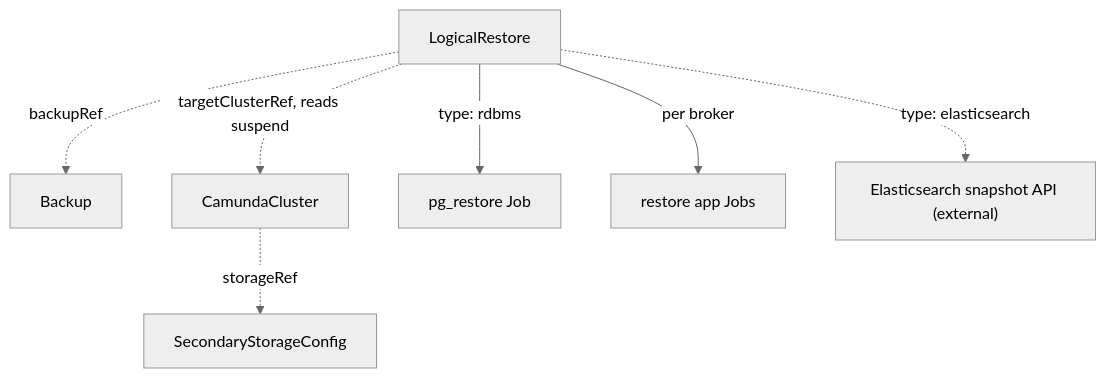
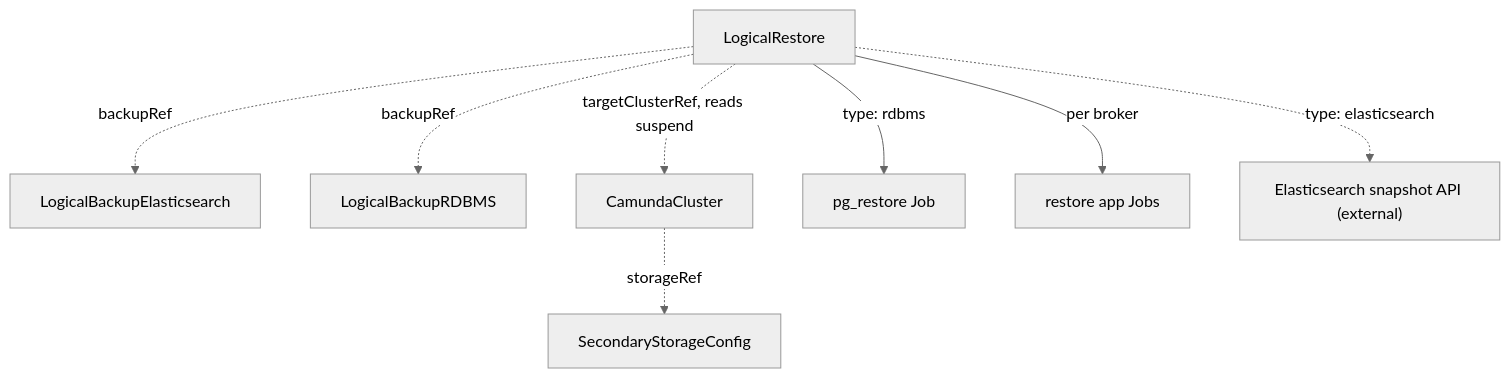
The diagram in docs/crds/logicalrestore.md (konsole-is/camunda-operator), drawn with Mermaid (neutral theme) before and after one commit. The commit also changed other lines of this file and 17 other files, not shown here.

````diff
--- a/docs/crds/logicalrestore.md
+++ b/docs/crds/logicalrestore.md
@@ -28,9 +28,10 @@
 ```mermaid
 graph TD
-    LR[LogicalRestore] -.->|backupRef| B[Backup]
+    LR[LogicalRestore] -.->|backupRef| LBE[LogicalBackupElasticsearch]
+    LR -.->|backupRef| LBR[LogicalBackupRDBMS]
     LR -.->|targetClusterRef, reads suspend| CC[CamundaCluster]
     CC -.->|storageRef| SSC[SecondaryStorageConfig]
     LR -->|"type: rdbms"| J[pg_restore Job]
     LR -->|per broker| RJ[restore app Jobs]
     LR -.->|"type: elasticsearch"| ES["Elasticsearch snapshot API (external)"]
 ```
````
